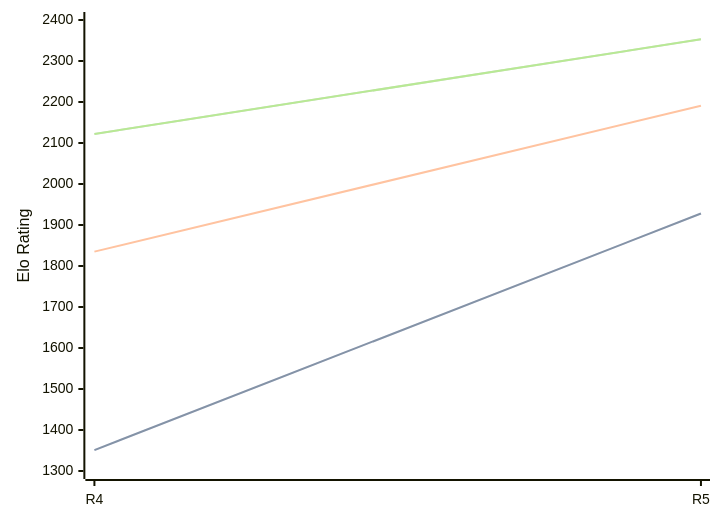
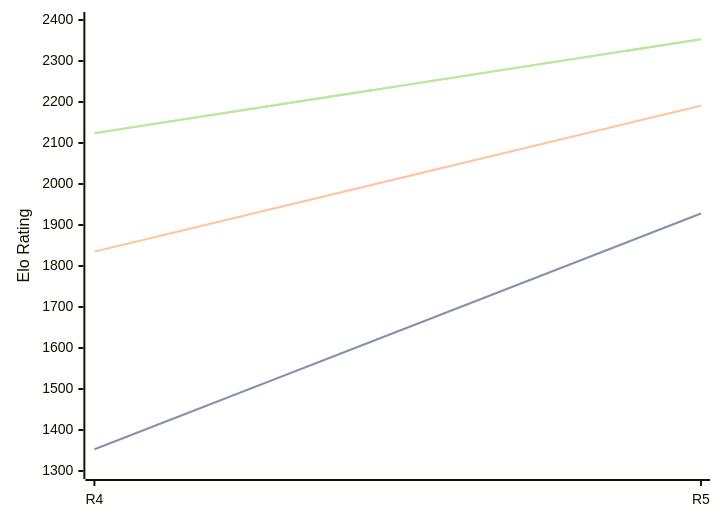
The diagram in engines/Viking.md (computer-chess-index/cci), drawn with Mermaid before and after one commit. The commit also changed other lines of this file, not shown here.

Commit message:
Update CCI Ratings (ELO VLTC) - 2026-10-08

````diff
--- a/engines/Viking.md
+++ b/engines/Viking.md
@@ -35,11 +35,11 @@
 ```mermaid
 %%{init: {"theme":"base","themeVariables":{"seriesColors:['#a3a3a3','#222221','#faa371']}}}%%
 xychart-beta
   x-axis ["R4", "R5"]
   y-axis "Elo Rating" 1300 --> 2400
-  line "" [1351, 1928]
-  line "STC (8.0+0.08s)" [1351, 1928]
+  line "" [1353, 1928]
+  line "STC (8.0+0.08s)" [1353, 1928]
   line "LTC (60.0+0.60s)" [1835, 2191]
-  line "" [2122, 2353]
-  line "VLTC (2m24s+1.12s)" [2122, 2353]
+  line "" [2124, 2353]
+  line "VLTC (2m24s+1.12s)" [2124, 2353]
 ```
````
